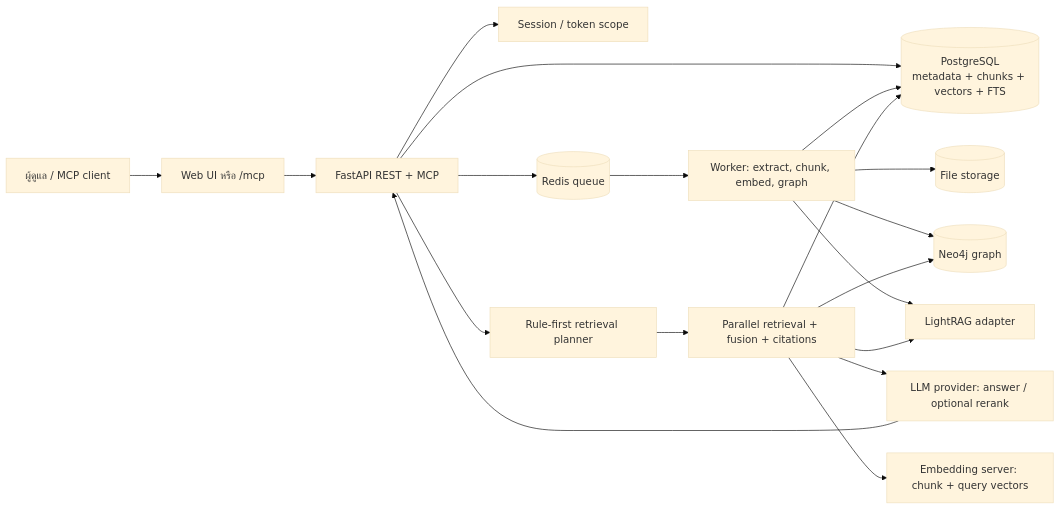
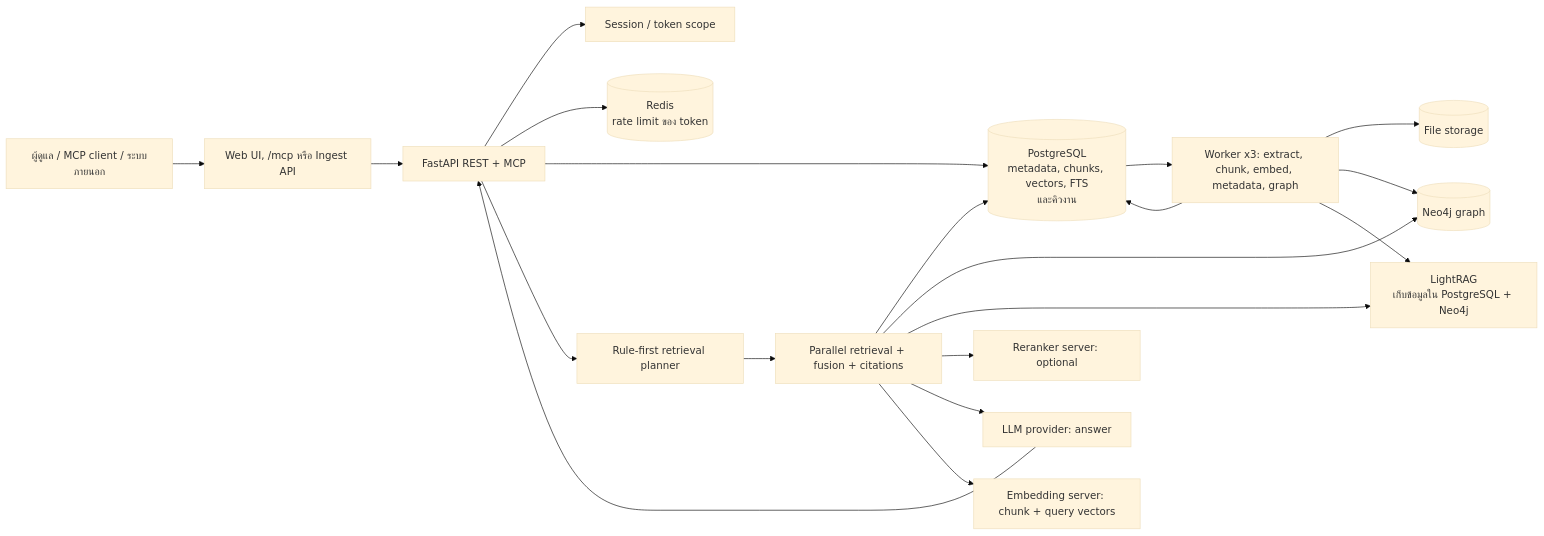
Before and after one commit to rujirapongsn2/Softnix_Knowledge_Intelligence: the diagram in README.md, drawn with Mermaid (base theme). The commit also changed other lines of this file and 2 other files, not shown here.

````diff
--- a/README.md
+++ b/README.md
@@ -24,21 +133,22 @@
 ```mermaid
 flowchart LR
-  User[ผู้ดูแล / MCP client] --> Web[Web UI หรือ /mcp]
+  User[ผู้ดูแล / MCP client / ระบบภายนอก] --> Web[Web UI, /mcp หรือ Ingest API]
   Web --> API[FastAPI REST + MCP]
   API --> Auth[Session / token scope]
-  API --> PG[(PostgreSQL<br/>metadata + chunks + vectors + FTS)]
-  API --> Redis[(Redis queue)]
-  Redis --> Worker[Worker: extract, chunk, embed, graph]
+  API --> Redis[(Redis<br/>rate limit ของ token)]
+  API --> PG[(PostgreSQL<br/>metadata, chunks, vectors, FTS<br/>และคิวงาน)]
+  PG --> Worker[Worker x3: extract, chunk, embed, metadata, graph]
   Worker --> Files[(File storage)]
   Worker --> PG
   Worker --> Neo4j[(Neo4j graph)]
-  Worker --> RAG[LightRAG adapter]
+  Worker --> RAG[LightRAG<br/>เก็บข้อมูลใน PostgreSQL + Neo4j]
   API --> Planner[Rule-first retrieval planner]
   Planner --> Executor[Parallel retrieval + fusion + citations]
   Executor --> PG
   Executor --> Neo4j
   Executor --> RAG
-  Executor --> LLM[LLM provider: answer / optional rerank]
+  Executor --> RR[Reranker server: optional]
+  Executor --> LLM[LLM provider: answer]
   Executor --> EMB[Embedding server: chunk + query vectors]
   LLM --> API
 ```
````
